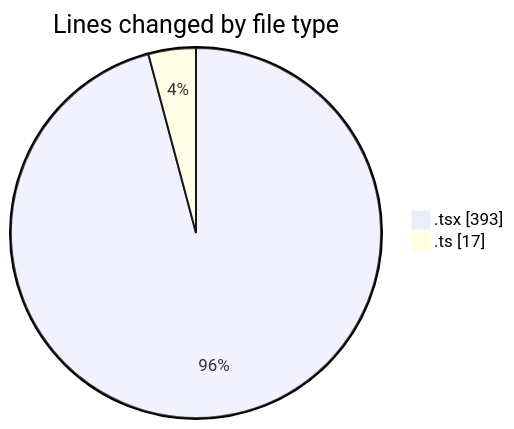
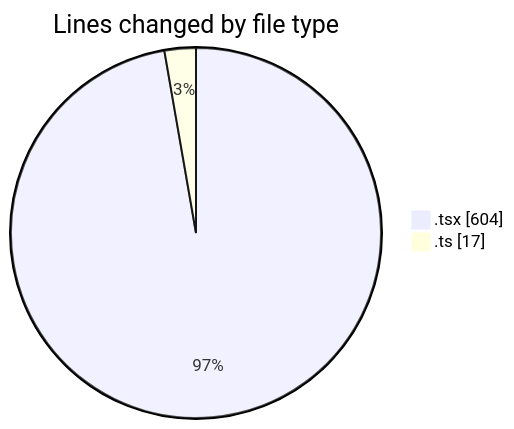
One commit to momahboobian/code-tracking changed the first of 2 diagrams in 2025-04-02/cda/README.md. Above: the diagram before and after it, drawn with Mermaid. The commit also changed other lines of this file and 1 other file, not shown here.

````diff
--- a/2025-04-02/cda/README.md
+++ b/2025-04-02/cda/README.md
@@ -22,6 +23,6 @@
 ```mermaid
 pie showData
 title Lines changed by file type
-".tsx" : 393
+".tsx" : 604
 ".ts" : 17
 ```
````
